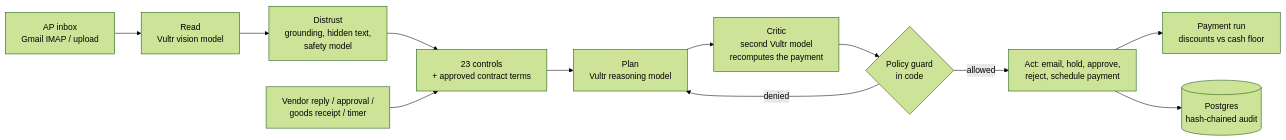
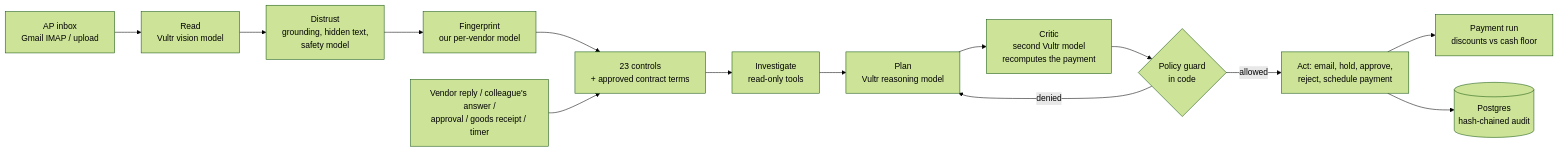
Before and after one commit to MYRADhub/tollgate: the diagram in README.md, drawn with Mermaid (forest theme). The commit also changed other lines of this file and 5 other files, not shown here.

Commit message:
Real-model evals 133/133: keep billing errors with the vendor; docs, How it works and submission for the exception agent and fingerprint model

````diff
--- a/README.md
+++ b/README.md
@@ -52,14 +58,16 @@
 ```mermaid
 flowchart LR
     A[AP inbox<br/>Gmail IMAP / upload] --> B[Read<br/>Vultr vision model]
     B --> C[Distrust<br/>grounding, hidden text,<br/>safety model]
-    C --> D[23 controls<br/>+ approved contract terms]
-    D --> E[Plan<br/>Vultr reasoning model]
+    C --> FP[Fingerprint<br/>our per-vendor model]
+    FP --> D[23 controls<br/>+ approved contract terms]
+    D --> IN[Investigate<br/>read-only tools]
+    IN --> E[Plan<br/>Vultr reasoning model]
     E --> K[Critic<br/>second Vultr model<br/>recomputes the payment]
     K --> F{Policy guard<br/>in code}
     F -- allowed --> G[Act: email, hold, approve,<br/>reject, schedule payment]
     F -- denied --> E
     G --> R[Payment run<br/>discounts vs cash floor]
     G --> H[(Postgres<br/>hash-chained audit)]
-    I[Vendor reply / approval /<br/>goods receipt / timer] --> D
+    I[Vendor reply / colleague's answer /<br/>approval / goods receipt / timer] --> D
 ```
````
